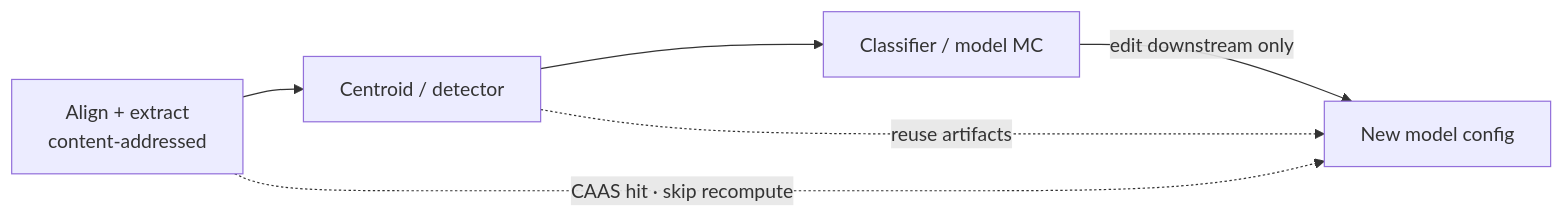
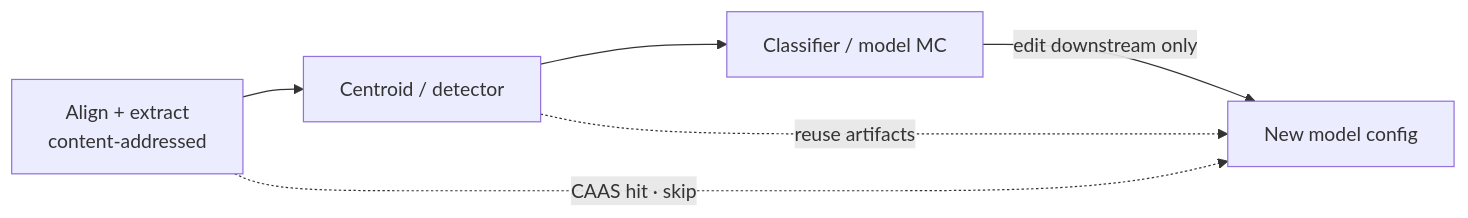
The tenth of 12 diagrams in docs/presentations/regulatory-ready-platform-multiomics.md (Goliath-Research/GoliathWorkflow), drawn with Mermaid before and after one commit. The commit also changed other lines of this file and 2 other files, not shown here.

````diff
--- a/docs/presentations/regulatory-ready-platform-multiomics.md
+++ b/docs/presentations/regulatory-ready-platform-multiomics.md
@@ -296,8 +355,8 @@
 ```mermaid
 flowchart LR
   A["Align + extract<br/>content-addressed"] --> B["Centroid / detector"]
   B --> C["Classifier / model MC"]
   C -->|"edit downstream only"| C2["New model config"]
-  A -.->|"CAAS hit · skip recompute"| C2
+  A -.->|"CAAS hit · skip"| C2
   B -.->|"reuse artifacts"| C2
 ```
````
